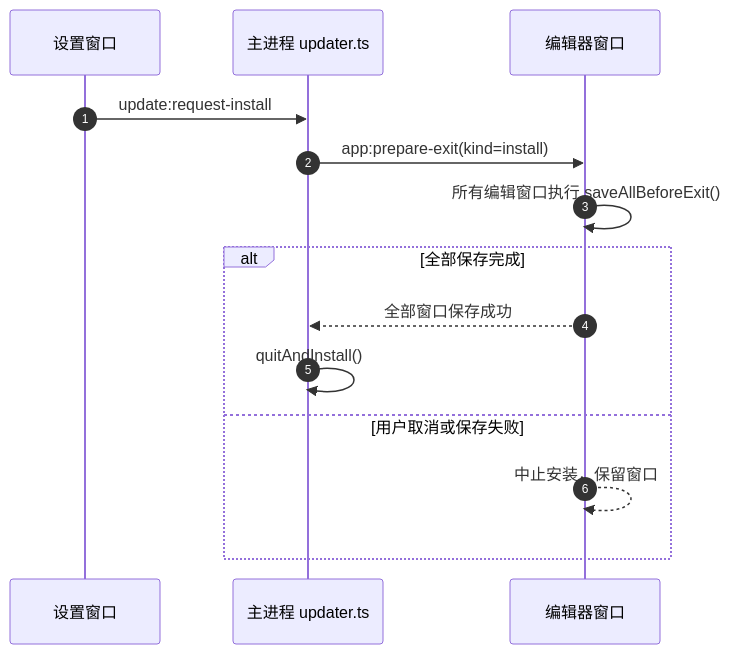
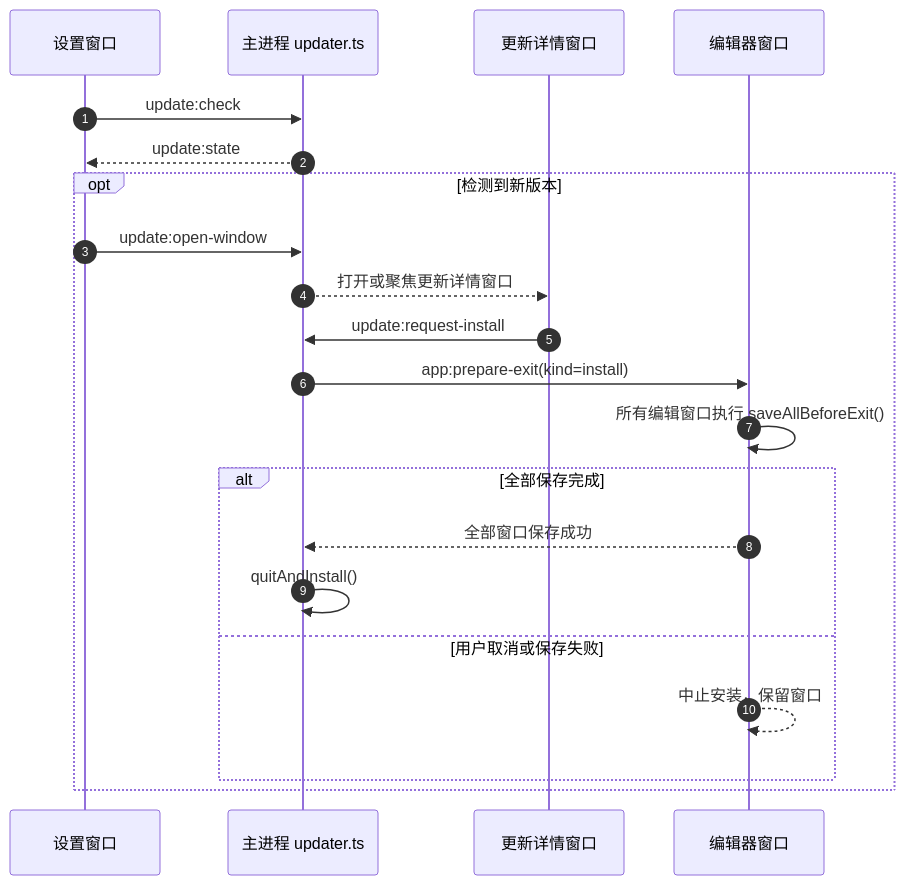
The second of 2 diagrams in docs/独立设置窗口.md (Harley-xk/mark-it), drawn with Mermaid before and after one commit. The commit also changed other lines of this file and 22 other files, not shown here.

````diff
--- a/docs/独立设置窗口.md
+++ b/docs/独立设置窗口.md
@@ -118,17 +119,24 @@
 ```mermaid
 sequenceDiagram
   autonumber
   participant SW as 设置窗口
   participant UP as 主进程 updater.ts
+  participant UW as 更新详情窗口
   participant MW as 编辑器窗口
 
-  SW->>UP: update:request-install
-  UP->>MW: app:prepare-exit(kind=install)
-  MW->>MW: 所有编辑窗口执行 saveAllBeforeExit()
-  alt 全部保存完成
-    MW-->>UP: 全部窗口保存成功
-    UP->>UP: quitAndInstall()
-  else 用户取消或保存失败
-    MW-->>MW: 中止安装，保留窗口
+  SW->>UP: update:check
+  UP-->>SW: update:state
+  opt 检测到新版本
+    SW->>UP: update:open-window
+    UP-->>UW: 打开或聚焦更新详情窗口
+    UW->>UP: update:request-install
+    UP->>MW: app:prepare-exit(kind=install)
+    MW->>MW: 所有编辑窗口执行 saveAllBeforeExit()
+    alt 全部保存完成
+      MW-->>UP: 全部窗口保存成功
+      UP->>UP: quitAndInstall()
+    else 用户取消或保存失败
+      MW-->>MW: 中止安装，保留窗口
+    end
   end
 ```
````
